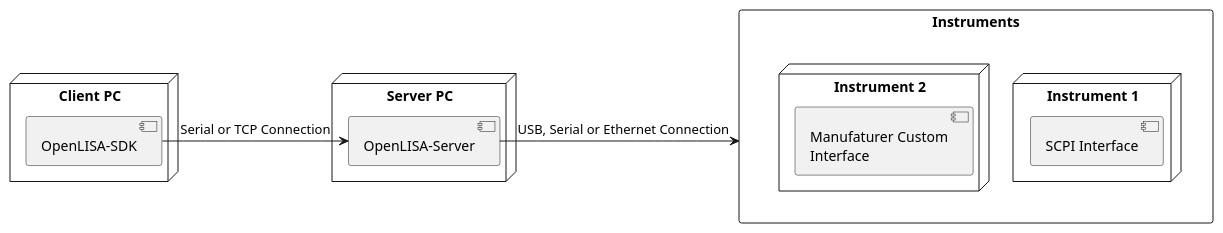
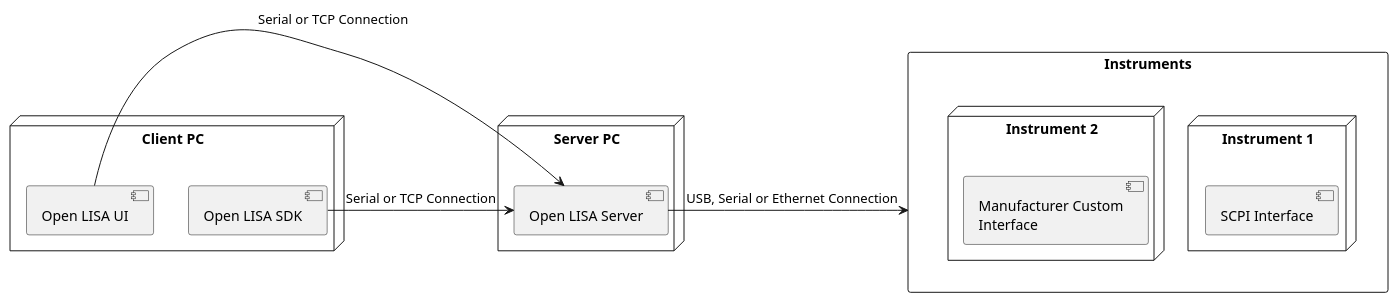
Before and after one commit to open-lisa/Open-LISA-Server: the diagram in docs/diagrams/deploy_diagram.puml, drawn with PlantUML. The commit also changed 2 other files, not shown here.

Commit message:
update diagrams

```diff
--- a/docs/diagrams/deploy_diagram.puml
+++ b/docs/diagrams/deploy_diagram.puml
@@ -1,25 +1,27 @@
 @startuml
 
 node "Client PC" {
-  [OpenLISA-SDK]
+  [Open LISA SDK] as SDK
+  [Open LISA UI] as UI
 }
 
 node "Server PC" {
-  [OpenLISA-Server]
+  [Open LISA Server] as SERVER
 }
 
 rectangle "Instruments" {
     node "Instrument 1" {
       [SCPI Interface]
     }
 
     node "Instrument 2" {
-      [Manufaturer Custom\nInterface]
+      [Manufacturer Custom\nInterface]
     }
 }
 
 
-[OpenLISA-SDK] -right-> [OpenLISA-Server] : Serial or TCP Connection
-[OpenLISA-Server] -right-> Instruments : USB, Serial or Ethernet Connection
+SDK -right-> SERVER : Serial or TCP Connection
+UI -right-> SERVER : Serial or TCP Connection
+SERVER -right-> Instruments : USB, Serial or Ethernet Connection
 
 @enduml
```
